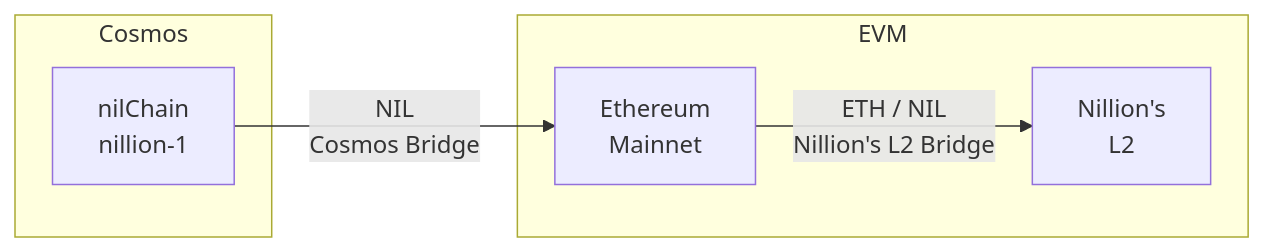
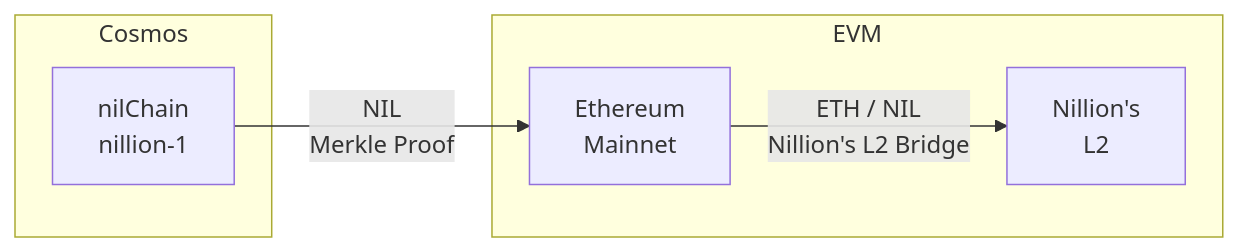
The diagram in docs/blacklight/tools/bridging.md (NillionNetwork/nillion-docs), drawn with Mermaid before and after one commit. The commit also changed other lines of this file and 1 other file, not shown here.

Commit message:
feat: merkle proof

````diff
--- a/docs/blacklight/tools/bridging.md
+++ b/docs/blacklight/tools/bridging.md
@@ -5,14 +5,14 @@
 ```mermaid
 flowchart LR
     subgraph Cosmos
         NC[nilChain<br/>nillion-1]
     end
 
     subgraph EVM
         ETH[Ethereum<br/>Mainnet]
         BL[Nillion's<br/>L2]
     end
 
-    NC -->|NIL<br/>Cosmos Bridge| ETH
+    NC -->|NIL<br/>Merkle Proof | ETH
     ETH -->|ETH / NIL<br/>Nillion's L2 Bridge| BL
 ```
````
